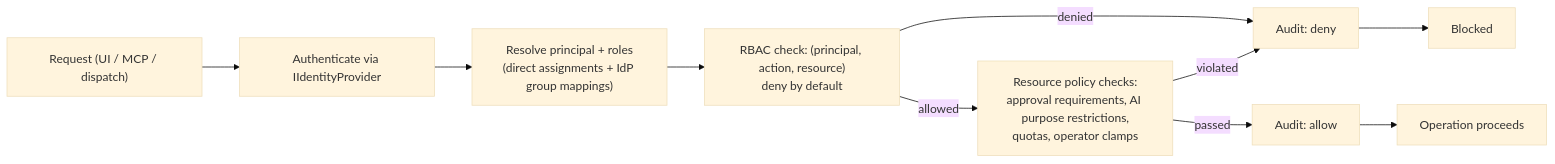
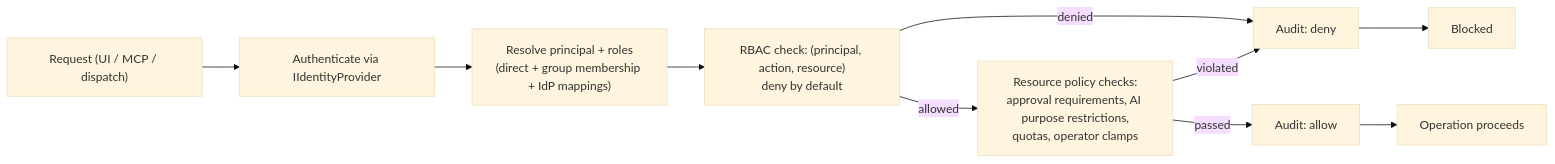
One commit to FelixKlakow/Auxilia changed diagram 13 of 13 in ARCHITECTURE.md. Above: the diagram before and after it, drawn with Mermaid (base theme). The commit also changed other lines of this file and 4 other files, not shown here.

First line of the commit message:
docs: rewrite ARCHITECTURE to the three-deployable model

````diff
--- a/ARCHITECTURE.md
+++ b/ARCHITECTURE.md
@@ -887,10 +908,10 @@
 ```mermaid
 flowchart LR
     REQ["Request (UI / MCP / dispatch)"] --> AUTHN["Authenticate via IIdentityProvider"]
-    AUTHN --> RESOLVE["Resolve principal + roles<br/>(direct assignments + IdP group mappings)"]
+    AUTHN --> RESOLVE["Resolve principal + roles<br/>(direct + group membership + IdP mappings)"]
     RESOLVE --> RBAC["RBAC check: (principal, action, resource)<br/>deny by default"]
     RBAC -->|denied| AUDIT_D["Audit: deny"] --> BLOCK["Blocked"]
     RBAC -->|allowed| RESPOL["Resource policy checks:<br/>approval requirements, AI purpose restrictions,<br/>quotas, operator clamps"]
     RESPOL -->|violated| AUDIT_D
     RESPOL -->|passed| AUDIT_A["Audit: allow"] --> EXEC["Operation proceeds"]
 ```
````
